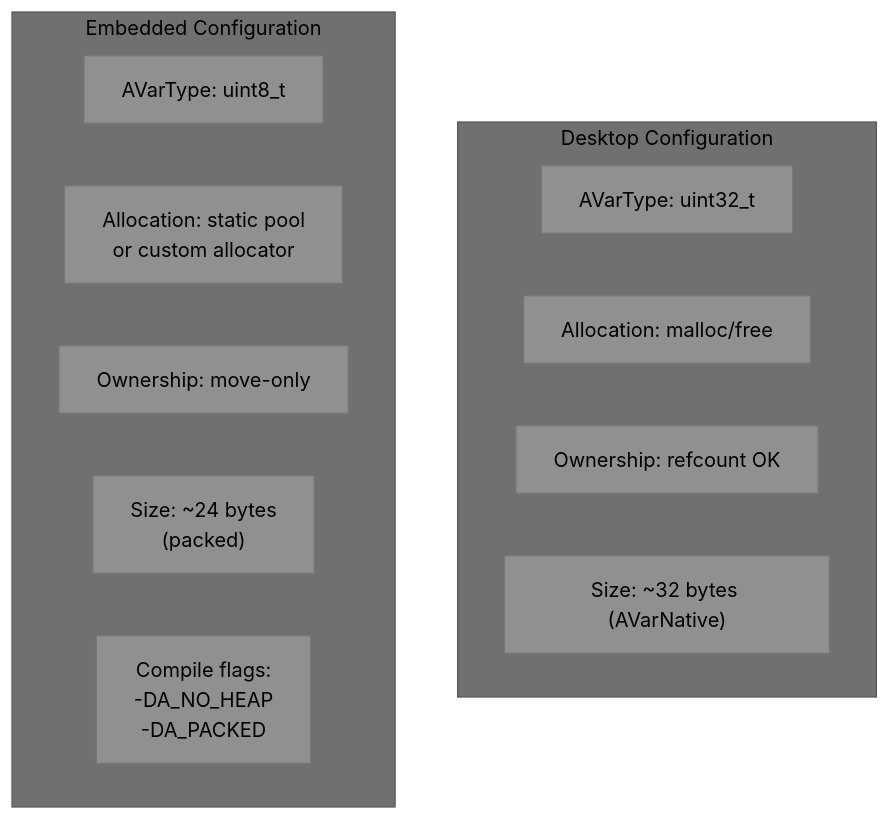
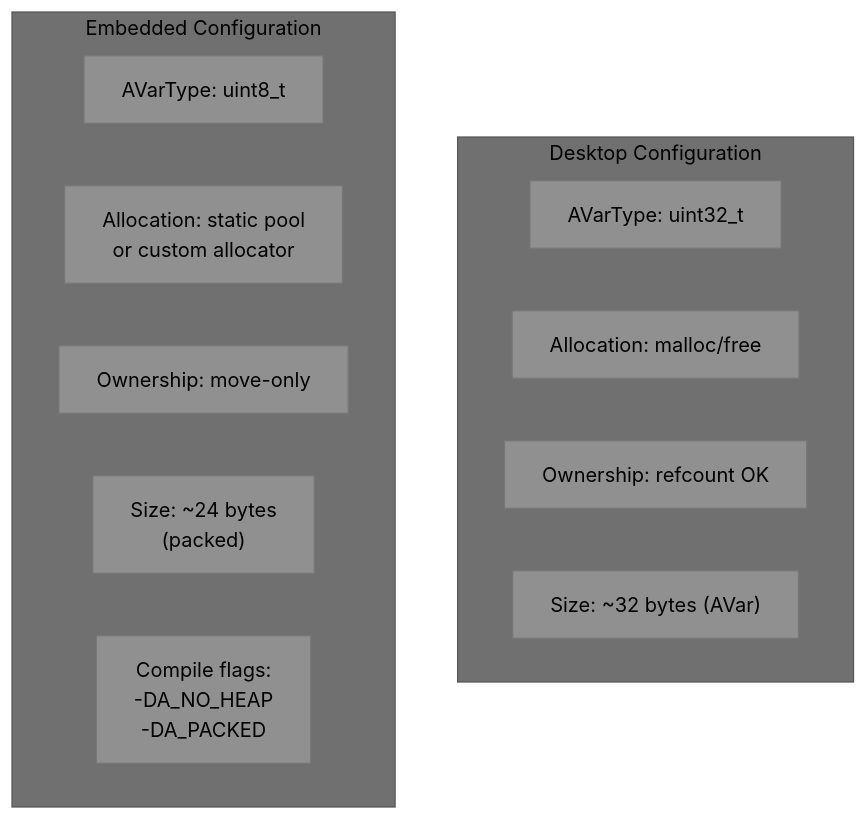
The tenth of 11 diagrams in README.md (visionik/anyvar), drawn with Mermaid before and after one commit. The commit also changed other lines of this file, not shown here.

Commit message:
feat: adopt type-sentinel architecture (v0.3.0)

````diff
--- a/README.md
+++ b/README.md
@@ -500,18 +515,18 @@
 ```mermaid
 %%{init: {'theme': 'base', 'themeVariables': { 'primaryColor': '#909090', 'secondaryColor': '#808080', 'tertiaryColor': '#707070', 'primaryTextColor': '#000000', 'secondaryTextColor': '#000000', 'tertiaryTextColor': '#000000', 'noteTextColor': '#000000', 'lineColor': '#404040' }}}%%
 graph TB
     subgraph "Desktop Configuration"
         D_TYPE["AVarType: uint32_t"]
         D_ALLOC["Allocation: malloc/free"]
         D_OWN["Ownership: refcount OK"]
-        D_SIZE["Size: ~32 bytes (AVarNative)"]
+        D_SIZE["Size: ~32 bytes (AVar)"]
     end
 
     subgraph "Embedded Configuration"
         E_TYPE["AVarType: uint8_t"]
         E_ALLOC["Allocation: static pool<br/>or custom allocator"]
         E_OWN["Ownership: move-only"]
         E_SIZE["Size: ~24 bytes<br/>(packed)"]
         E_FLAGS["Compile flags:<br/>-DA_NO_HEAP<br/>-DA_PACKED"]
     end
 ```
````
